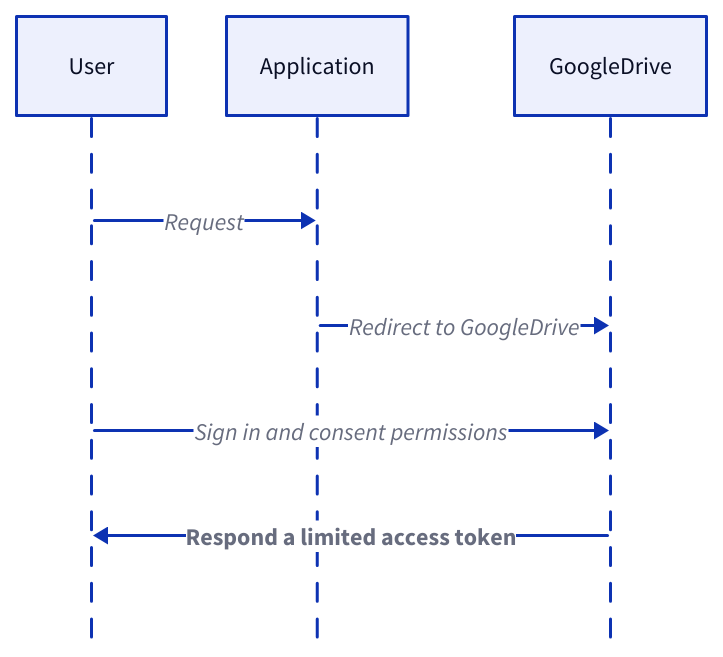
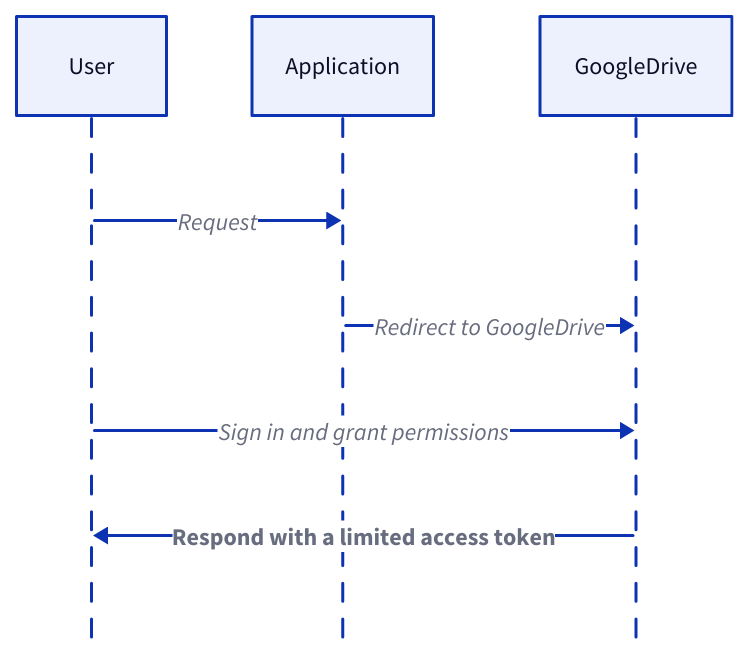
One commit to link1905/system-design-101 changed diagram 19 of 26 in content/system-administration/system-protection/iam.md. Above: the diagram before and after it, drawn with D2. The commit also changed other lines of this file and 42 other files, not shown here.

````diff
--- a/content/system-administration/system-protection/iam.md
+++ b/content/system-administration/system-protection/iam.md
@@ -751,18 +744,18 @@
 ```d2
 shape: sequence_diagram
 u: User {
   class: client
 }
 s: Application {
   class: server
 }
 g: GoogleDrive {
   class: google
 }
 u -> s: Request
 s -> g: Redirect to GoogleDrive
-u -> g: Sign in and consent permissions
-g -> u: Respond a limited access token {
+u -> g: Sign in and grant permissions
+g -> u: Respond with a limited access token {
   style.bold: true
 }
 ```
````
